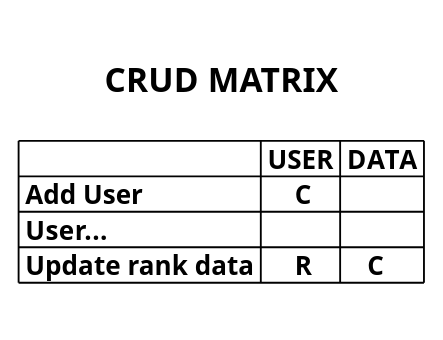
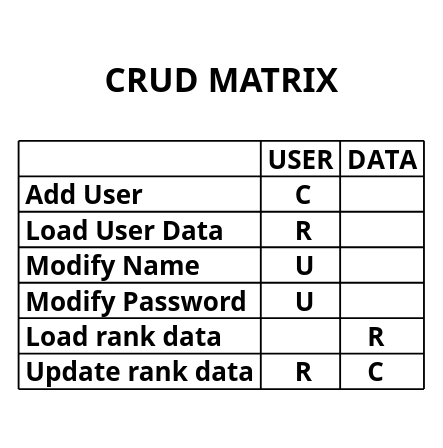
Before and after one commit to GC211MP/API: the diagram in documents/crud_matrix.puml, drawn with PlantUML. The commit also changed 1 other file, not shown here.

```diff
--- a/documents/crud_matrix.puml
+++ b/documents/crud_matrix.puml
@@ -1,18 +1,21 @@
 @startuml crud
 
 ' https://raw.githubusercontent.com/GC211MP/API/main/documents/crud_matrix.puml
 
 title
   
   =CRUD MATRIX
 
   |                   |= USER |= DATA |
   |= Add User         |     C |       |
-  |= User...          |       |       |
+  |= Load User Data   |     R |       |
+  |= Modify Name      |     U |       |
+  |= Modify Password  |     U |       |
+  |= Load rank data   |       |    R  |
   |= Update rank data |     R |    C  |
   
 end title
 
 
 
 @enduml
```
